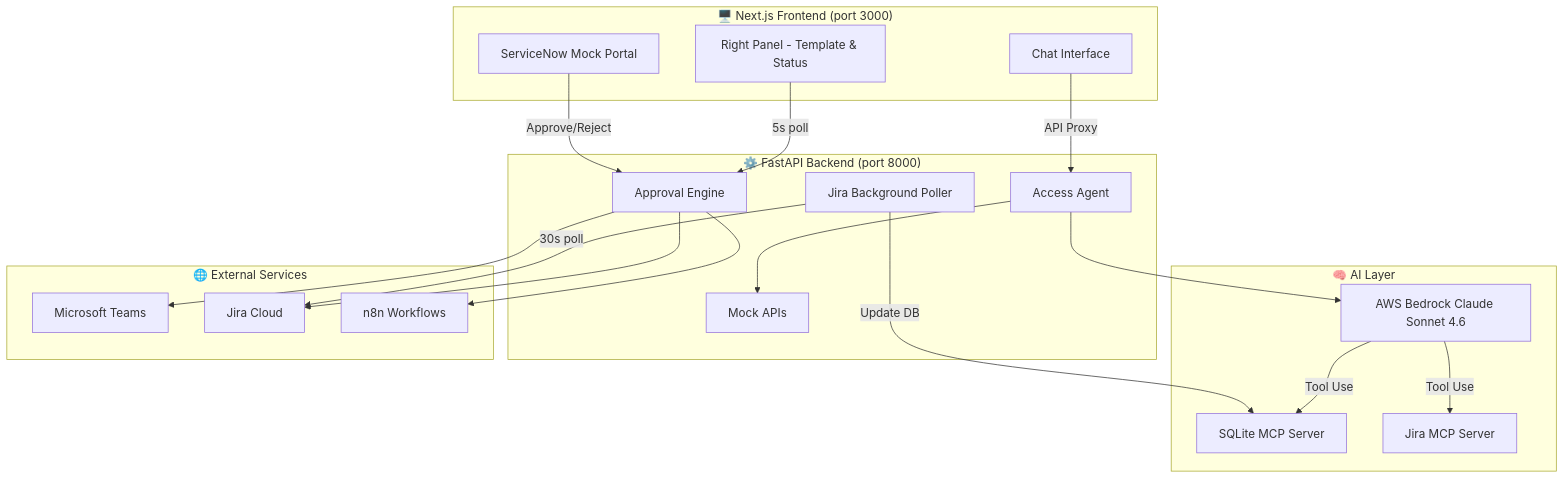
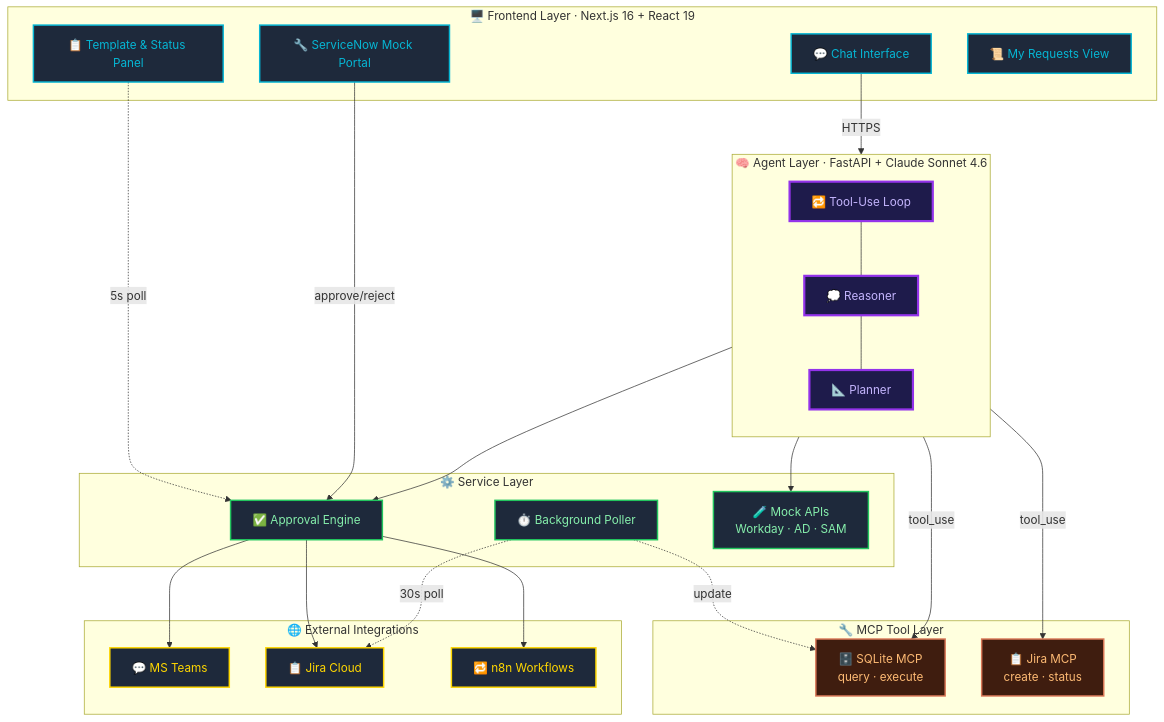
The second of 4 diagrams in README.md (Salman1310/hackherway-ps6), drawn with Mermaid before and after one commit. The commit also changed other lines of this file, not shown here.

First line of the commit message:
docs: rewrite README with Atlas branding and mermaid diagrams

````diff
--- a/README.md
+++ b/README.md
@@ -47,40 +164,62 @@
 ```mermaid
 graph TB
-    subgraph Frontend["🖥️ Next.js Frontend (port 3000)"]
-        UI[Chat Interface]
-        RP[Right Panel - Template & Status]
-        SN[ServiceNow Mock Portal]
+    subgraph FE["🖥️ Frontend Layer · Next.js 16 + React 19"]
+        UI[💬 Chat Interface]
+        RP[📋 Template & Status Panel]
+        SN[🔧 ServiceNow Mock Portal]
+        MR[📜 My Requests View]
     end
 
-    subgraph Backend["⚙️ FastAPI Backend (port 8000)"]
-        Agent[Access Agent]
-        Approval[Approval Engine]
-        Poller[Jira Background Poller]
-        MockAPIs[Mock APIs]
+    subgraph AGENT["🧠 Agent Layer · FastAPI + Claude Sonnet 4.6"]
+        direction TB
+        Loop[🔁 Tool-Use Loop]
+        Reasoner[💭 Reasoner]
+        Planner[📐 Planner]
+        Loop --- Reasoner --- Planner
     end
 
-    subgraph AI["🧠 AI Layer"]
-        Bedrock[AWS Bedrock Claude Sonnet 4.6]
-        SQLiteMCP[SQLite MCP Server]
-        JiraMCP[Jira MCP Server]
+    subgraph MCP["🔧 MCP Tool Layer"]
+        SQLite[🗄️ SQLite MCP<br/>query · execute]
+        JiraMCP[📋 Jira MCP<br/>create · status]
     end
 
-    subgraph External["🌐 External Services"]
-        Teams[Microsoft Teams]
-        Jira[Jira Cloud]
-        N8N[n8n Workflows]
+    subgraph SVC["⚙️ Service Layer"]
+        Approval[✅ Approval Engine]
+        Poller[⏱️ Background Poller]
+        Mocks[🧪 Mock APIs<br/>Workday · AD · SAM]
     end
 
-    UI -->|API Proxy| Agent
-    Agent --> Bedrock
-    Bedrock -->|Tool Use| SQLiteMCP
-    Bedrock -->|Tool Use| JiraMCP
-    Agent --> MockAPIs
+    subgraph EXT["🌐 External Integrations"]
+        Teams[💬 MS Teams]
+        Jira[📋 Jira Cloud]
+        N8N[🔁 n8n Workflows]
+    end
+
+    UI -->|HTTPS| Loop
+    RP -.->|5s poll| Approval
+    SN -->|approve/reject| Approval
+
+    Reasoner -->|tool_use| SQLite
+    Reasoner -->|tool_use| JiraMCP
+    Planner --> Mocks
+    Planner --> Approval
+
     Approval --> Teams
     Approval --> Jira
     Approval --> N8N
-    Poller -->|30s poll| Jira
-    Poller -->|Update DB| SQLiteMCP
-    RP -->|5s poll| Approval
-    SN -->|Approve/Reject| Approval
+
+    Poller -.->|30s poll| Jira
+    Poller -.->|update| SQLite
+
+    classDef frontend fill:#1e293b,stroke:#06B6D4,stroke-width:2px,color:#06B6D4
+    classDef agent fill:#1e1b4b,stroke:#9333EA,stroke-width:3px,color:#c4b5fd
+    classDef mcp fill:#3f1d0f,stroke:#D97757,stroke-width:2px,color:#fdba74
+    classDef service fill:#1e293b,stroke:#22C55E,stroke-width:2px,color:#86efac
+    classDef external fill:#1e293b,stroke:#FFD700,stroke-width:2px,color:#FFD700
+
+    class UI,RP,SN,MR frontend
+    class Loop,Reasoner,Planner agent
+    class SQLite,JiraMCP mcp
+    class Approval,Poller,Mocks service
+    class Teams,Jira,N8N external
 ```
````
